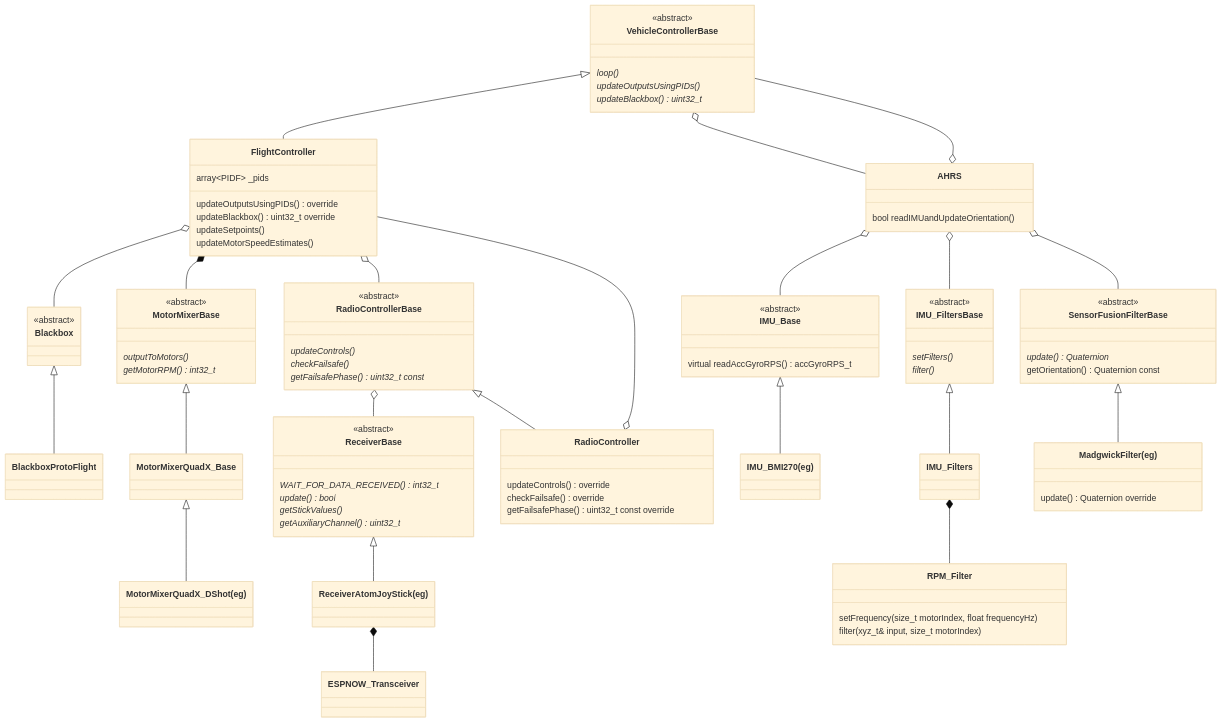
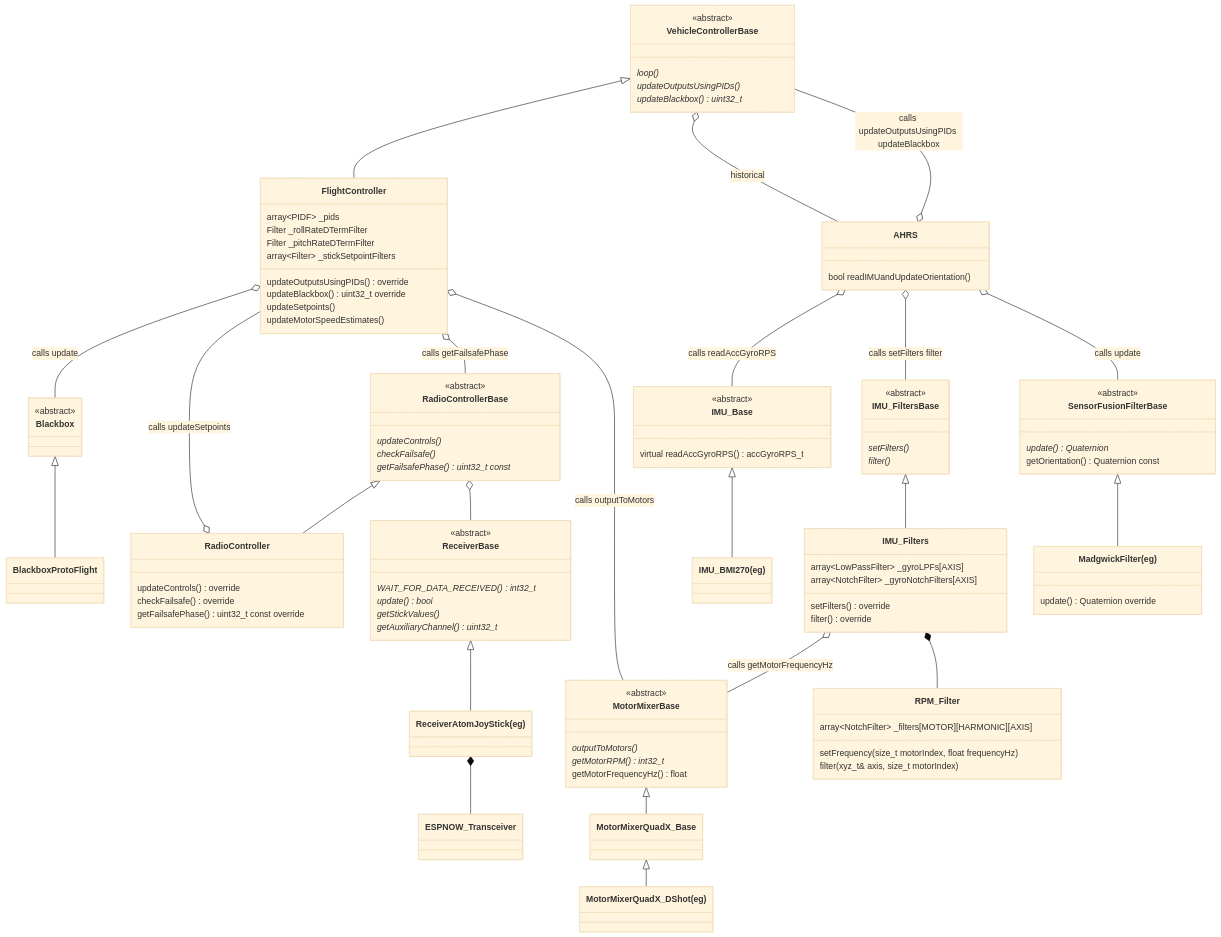
One commit to martinbudden/Protoflight changed the first of 5 diagrams in README.md. Above: the diagram before and after it, drawn with Mermaid (base theme). The commit also changed 4 other files, not shown here.

Commit message:
Updated readme and minor tidy of FlightController.

````diff
--- a/README.md
+++ b/README.md
@@ -219,22 +219,28 @@
         update() Quaternion *
         getOrientation() Quaternion const
     }
+    link SensorFusionFilterBase "https://github.com/martinbudden/Library-SensorFusion/blob/main/src/SensorFusion.h"
 
     class Blackbox {
         <<abstract>>
     }
+    link Blackbox "https://github.com/martinbudden/Library-Blackbox/blob/main/src/Blackbox.h"
     Blackbox <|-- BlackboxProtoFlight
+    class BlackboxProtoFlight
+    link BlackboxProtoFlight "https://github.com/martinbudden/protoflight/blob/main/lib/Blackbox/src/BlackboxProtoFlight.h"
 
     class IMU_Base {
         <<abstract>>
         virtual readAccGyroRPS() accGyroRPS_t
     }
+    link IMU_Base "https://github.com/martinbudden/Library-IMU/blob/main/src/IMU_Base.h"
 
     class IMU_FiltersBase {
         <<abstract>>
         setFilters() *
         filter() *
     }
+    link IMU_FiltersBase "https://github.com/martinbudden/Library-StabilizedVehicle/blob/main/src/IMU_FiltersBase.h"
 
     class VehicleControllerBase {
         <<abstract>>
@@ -242,34 +248,43 @@
         updateOutputsUsingPIDs() *
         updateBlackbox() uint32_t  *
     }
+    link VehicleControllerBase "https://github.com/martinbudden/Library-StabilizedVehicle/blob/main/src/VehicleControllerBase.h"
 
     class MotorMixerBase {
         <<abstract>>
         outputToMotors() *
         getMotorRPM() int32_t *
+        getMotorFrequencyHz() float
     }
+    link MotorMixerBase "https://github.com/martinbudden/Library-StabilizedVehicle/blob/main/src/MotorMixerBase.h"
     MotorMixerBase <|-- MotorMixerQuadX_Base
 
     VehicleControllerBase <|-- FlightController
     class FlightController {
         array~PIDF~ _pids
+        Filter _rollRateDTermFilter
+        Filter _pitchRateDTermFilter
+        array~Filter~ _stickSetpointFilters
         updateOutputsUsingPIDs() override
         updateBlackbox() uint32_t override
         updateSetpoints()
         updateMotorSpeedEstimates()
     }
-    FlightController o-- Blackbox
-    FlightController *-- MotorMixerBase
-    FlightController o-- RadioControllerBase
+    link FlightController "https://github.com/martinbudden/protoflight/blob/main/lib/FlightController/src/FlightController.h"
+    FlightController o-- Blackbox : calls update
+    FlightController --o RadioController : calls updateSetpoints
+    FlightController o-- RadioControllerBase : calls getFailsafePhase
+    FlightController o-- MotorMixerBase : calls outputToMotors
 
     class AHRS {
         bool readIMUandUpdateOrientation()
     }
-    AHRS o-- IMU_Base
-    AHRS o-- IMU_FiltersBase
-    AHRS o-- SensorFusionFilterBase
-    AHRS o-- VehicleControllerBase
-    VehicleControllerBase o-- AHRS
+    link AHRS "https://github.com/martinbudden/Library-StabilizedVehicle/blob/main/src/AHRS.h"
+    AHRS o-- IMU_Base : calls readAccGyroRPS
+    AHRS o-- IMU_FiltersBase : calls setFilters filter
+    AHRS o-- SensorFusionFilterBase : calls update
+    AHRS o-- VehicleControllerBase : calls updateOutputsUsingPIDs updateBlackbox
+    VehicleControllerBase o-- AHRS : historical
 
     class ReceiverBase {
         <<abstract>>
@@ -278,6 +293,7 @@
         getStickValues() *
         getAuxiliaryChannel() uint32_t *
     }
+    link ReceiverBase "https://github.com/martinbudden/Library-Receiver/blob/main/src/ReceiverBase.h"
 
     class RadioControllerBase {
         <<abstract>>
@@ -285,36 +301,55 @@
         checkFailsafe() *
         getFailsafePhase() uint32_t const *
     }
+    link RadioControllerBase "https://github.com/martinbudden/Library-Receiver/blob/main/src/RadioControllerBase.h"
 
-    RadioController o-- FlightController
+    RadioControllerBase <|-- RadioController
     RadioControllerBase o--ReceiverBase
-    RadioControllerBase <|-- RadioController
     class RadioController {
         updateControls() override
         checkFailsafe() override
         getFailsafePhase() uint32_t const override
     }
+    link RadioController "https://github.com/martinbudden/protoflight/blob/main/lib/FlightController/src/RadioController.h"
 
     class RPM_Filter {
+        array~NotchFilter~ _filters[MOTOR][HARMONIC][AXIS]
         setFrequency(size_t motorIndex, float frequencyHz)
-        filter(xyz_t& input, size_t motorIndex)
+        filter(xyz_t& axis, size_t motorIndex)
     }
+    link RPM_Filter "https://github.com/martinbudden/protoflight/blob/main/lib/FlightController/src/RPM_Filter.h"
 
     IMU_FiltersBase <|-- IMU_Filters
+    class IMU_Filters {
+        array~LowPassFilter~ _gyroLPFs[AXIS]
+        array~NotchFilter~ _gyroNotchFilters[AXIS]
+        setFilters() override
+        filter() override
+    }
+    link IMU_Filters "https://github.com/martinbudden/protoflight/blob/main/lib/FlightController/src/IMU_Filters.h"
+    IMU_Filters o-- MotorMixerBase : calls getMotorFrequencyHz
     IMU_Filters *-- RPM_Filter
 
     MotorMixerQuadX_Base <|-- MotorMixerQuadX_DShot
+    class MotorMixerQuadX_Base
+    link MotorMixerQuadX_Base "https://github.com/martinbudden/protoflight/blob/main/lib/MotorMixers/src/MotorMixerQuadX_Base.h"
     class MotorMixerQuadX_DShot["MotorMixerQuadX_DShot(eg)"]
+    link MotorMixerQuadX_DShot "https://github.com/martinbudden/protoflight/blob/main/lib/MotorMixers/src/MotorMixerQuadX_DShot.h"
 
     IMU_Base <|-- IMU_BMI270
     class IMU_BMI270["IMU_BMI270(eg)"]
+    link IMU_BMI270 "https://github.com/martinbudden/Library-IMU/blob/main/src/IMU_BMI270.h"
 
     SensorFusionFilterBase  <|-- MadgwickFilter
     class MadgwickFilter["MadgwickFilter(eg)"] {
         update() Quaternion override
     }
+    link MadgwickFilter "https://github.com/martinbudden/Library-SensorFusion/blob/main/src/SensorFusion.h"
 
     ReceiverBase <|-- ReceiverAtomJoyStick
     class ReceiverAtomJoyStick["ReceiverAtomJoyStick(eg)"]
+    link ReceiverAtomJoyStick "https://github.com/martinbudden/Library-Receiver/blob/main/src/ReceiverAtomJoyStick.h"
     ReceiverAtomJoyStick *-- ESPNOW_Transceiver
+    class ESPNOW_Transceiver
+    link ESPNOW_Transceiver "https://github.com/martinbudden/Library-Receiver/blob/main/src/ESPNOW_Transceiver.h"
 ```
````
